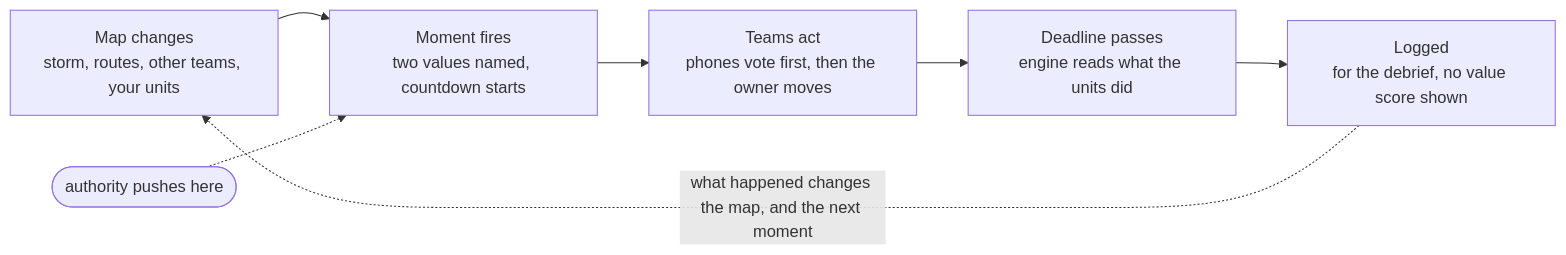
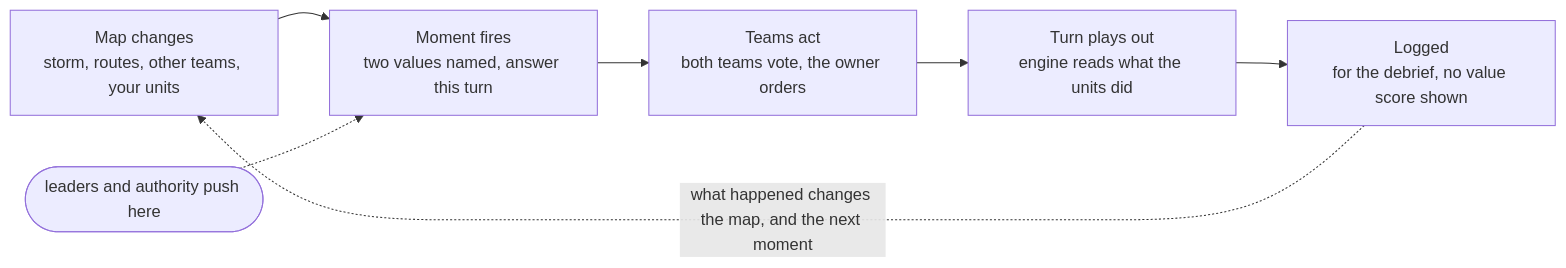
Before and after one commit to Jerrymwolf/CrucibleEngine: the first of 2 diagrams in CrucibleDocumentInventory/design-2026-10-21-rts-godot.md, drawn with Mermaid. The commit also changed other lines of this file, not shown here.

````diff
--- a/CrucibleDocumentInventory/design-2026-10-21-rts-godot.md
+++ b/CrucibleDocumentInventory/design-2026-10-21-rts-godot.md
@@ -186,9 +215,9 @@
 ```mermaid
 flowchart LR
-  A[Map changes<br/>storm, routes, other teams, your units] --> B[Moment fires<br/>two values named, countdown starts]
-  B --> C[Teams act<br/>phones vote first, then the owner moves]
-  C --> D[Deadline passes<br/>engine reads what the units did]
+  A[Map changes<br/>storm, routes, other teams, your units] --> B[Moment fires<br/>two values named, answer this turn]
+  B --> C[Teams act<br/>both teams vote, the owner orders]
+  C --> D[Turn plays out<br/>engine reads what the units did]
   D --> E[Logged<br/>for the debrief, no value score shown]
   E -. what happened changes the map, and the next moment .-> A
-  P([authority pushes here]) -.-> B
+  P([leaders and authority push here]) -.-> B
 ```
````
